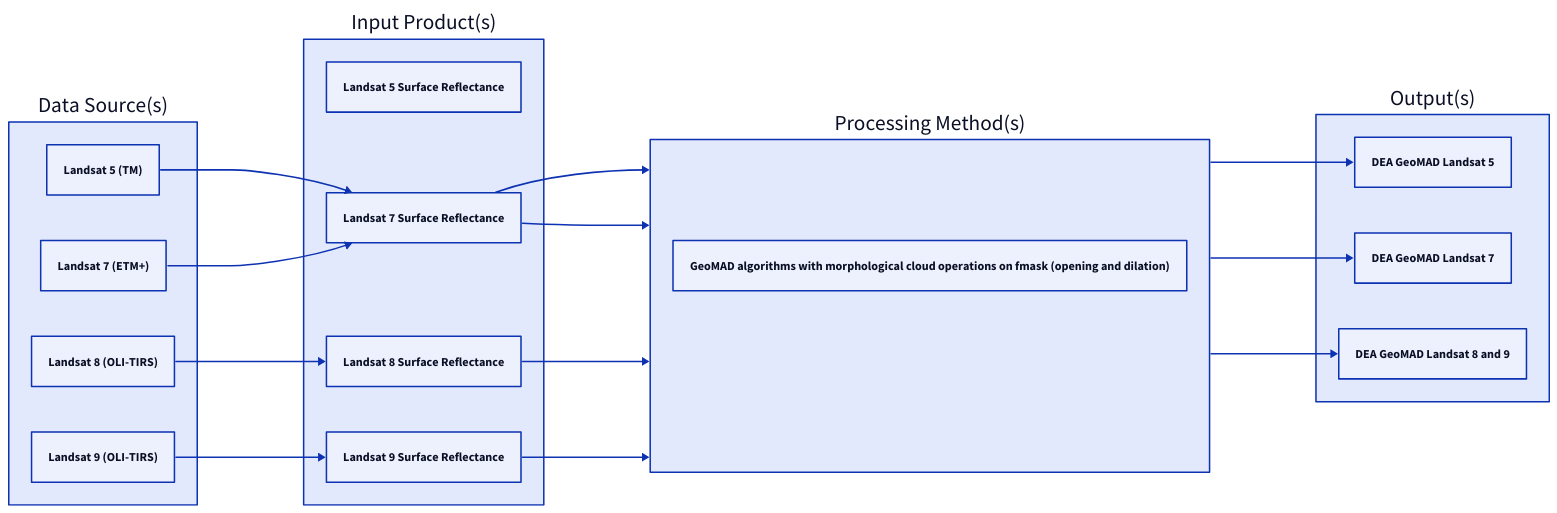
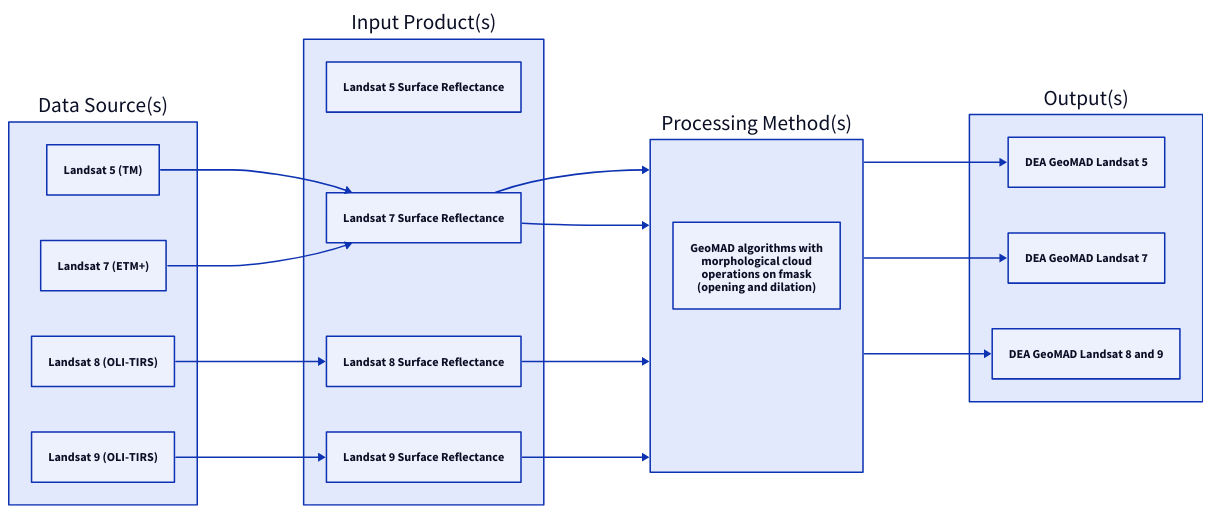
One commit to GeoscienceAustralia/dea-knowledge-hub changed the diagram in docs/_files/geomedian/lineage.d2. Above: the diagram before and after it, drawn with D2.

Commit message:
D2 diagram is complete but is rendered worse than Mermaid so will delete it

```diff
--- a/docs/_files/geomedian/lineage.d2
+++ b/docs/_files/geomedian/lineage.d2
@@ -1,40 +1,38 @@
 direction: right
 
 DataSources: Data Source(s) {
   direction: down
   L5Data: Landsat 5 (TM)
   L7Data: Landsat 7 (ETM+)
   L8Data: Landsat 8 (OLI-TIRS)
   L9Data: Landsat 9 (OLI-TIRS)
 }
 
 InputProducts: Input Product(s) {
   direction: down
   L5SurfaceReflectance: Landsat 5 Surface Reflectance
   L7SurfaceReflectance: Landsat 7 Surface Reflectance
   L8SurfaceReflectance: Landsat 8 Surface Reflectance
   L9SurfaceReflectance: Landsat 9 Surface Reflectance
 }
 
 ProcessingMethods: Processing Method(s) {
   direction: down
-  Processing1: GeoMAD algorithms with morphological cloud operations on fmask (opening and dilation)
+  Processing1: GeoMAD algorithms with\nmorphological cloud\noperations on fmask\n(opening and dilation)
 }
 
 Outputs: Output(s) {
   direction: down
   GeomadLandsat5: DEA GeoMAD Landsat 5
   GeomadLandsat7: DEA GeoMAD Landsat 7
   GeomadLandsat8And9: DEA GeoMAD Landsat 8 and 9
 }
 
 DataSources.L5Data -> InputProducts.L7SurfaceReflectance -> ProcessingMethods
 DataSources.L7Data -> InputProducts.L7SurfaceReflectance -> ProcessingMethods
 DataSources.L8Data -> InputProducts.L8SurfaceReflectance -> ProcessingMethods
 DataSources.L9Data -> InputProducts.L9SurfaceReflectance -> ProcessingMethods
 
-ProcessingMethods.Processing1
-
 ProcessingMethods -> Outputs.GeomadLandsat5
 ProcessingMethods -> Outputs.GeomadLandsat7
 ProcessingMethods -> Outputs.GeomadLandsat8And9
```
